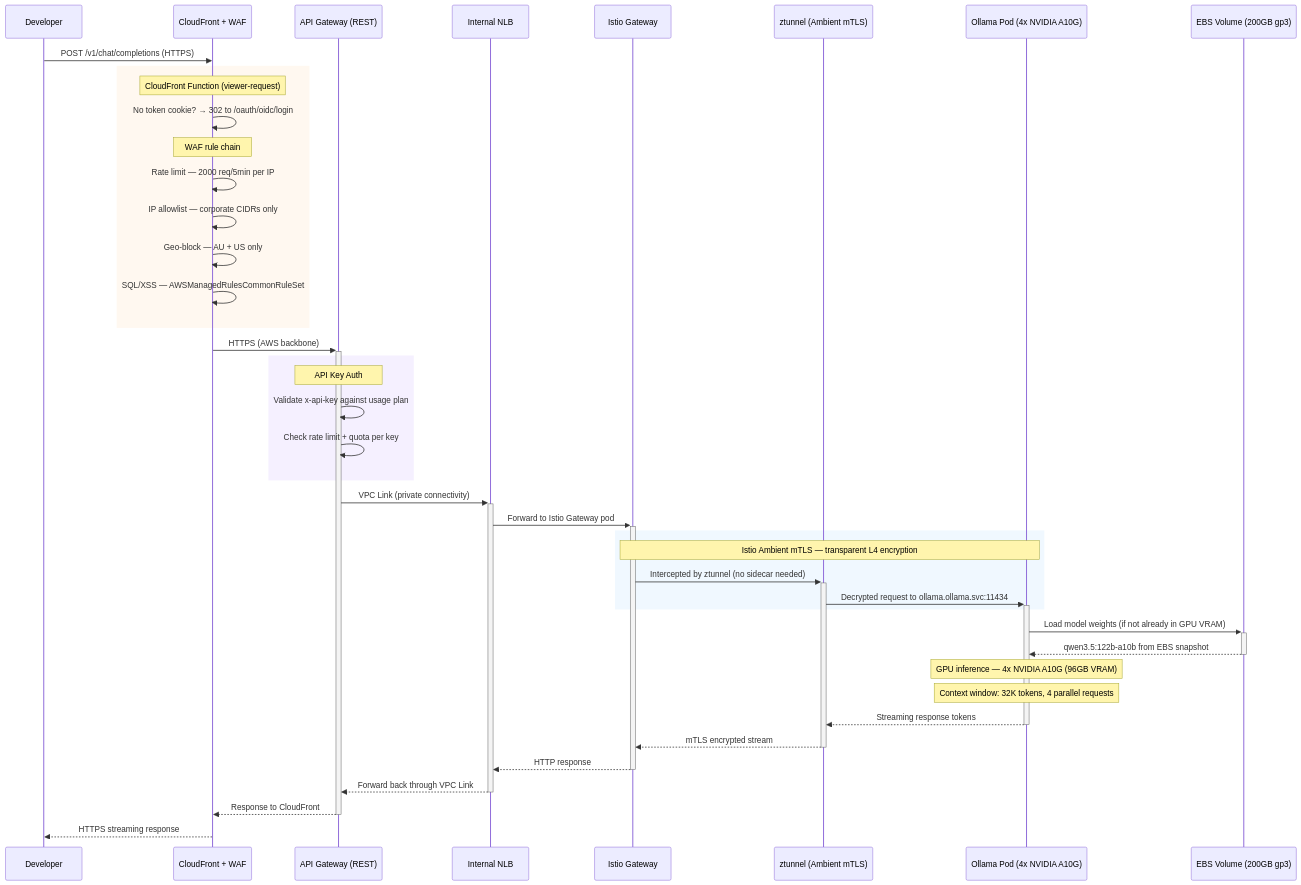
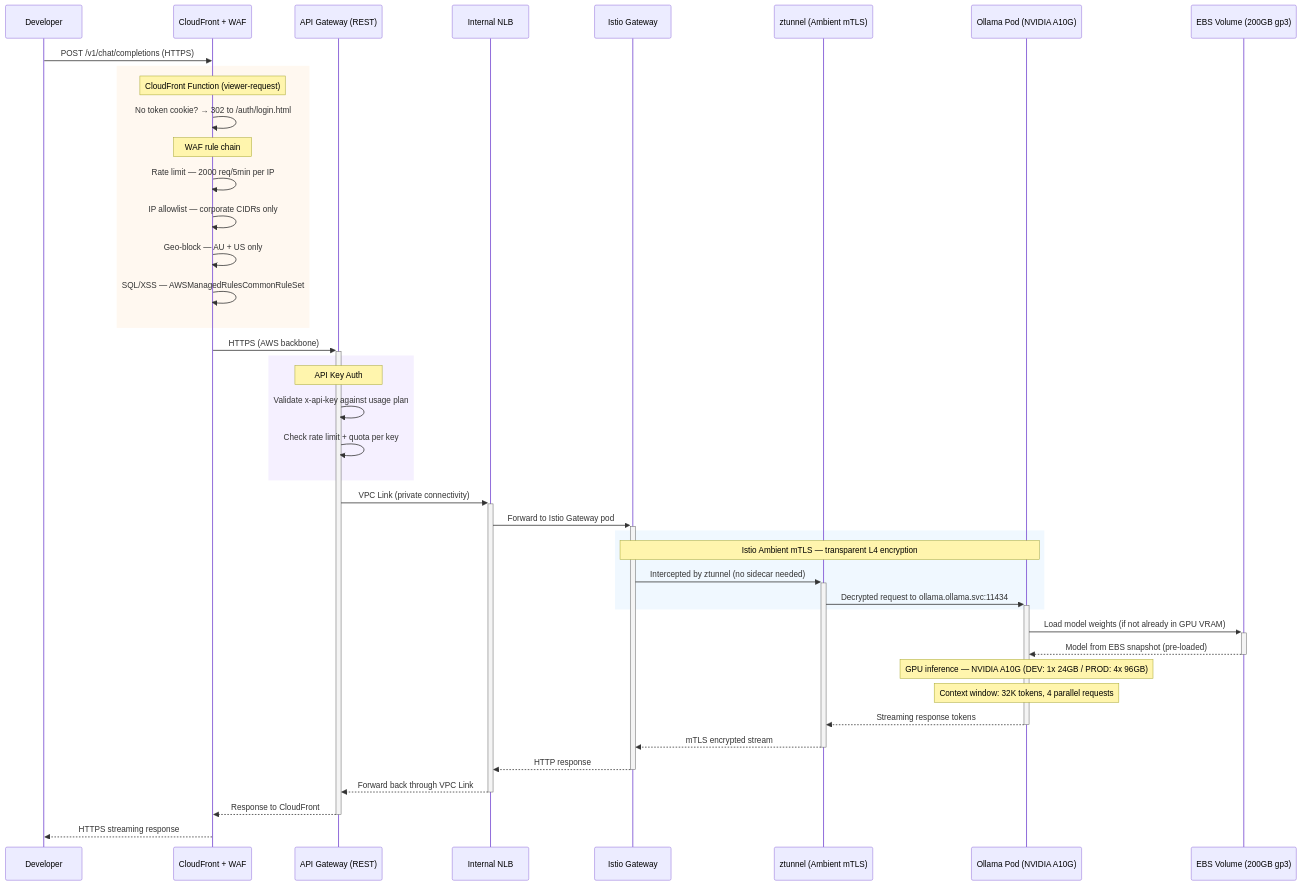
One commit to shanaka-versent/Ollama-on-EKS changed the third of 4 diagrams in README.md. Above: the diagram before and after it, drawn with Mermaid. The commit also changed other lines of this file and 5 other files, not shown here.

````diff
--- a/README.md
+++ b/README.md
@@ -208,53 +219,53 @@
 ```mermaid
 sequenceDiagram
     participant Dev as Developer
     participant CF as CloudFront + WAF
     participant APIGW as API Gateway (REST)
     participant NLB as Internal NLB
     participant IGW as Istio Gateway
     participant ZT as ztunnel (Ambient mTLS)
-    participant OLM as Ollama Pod (4x NVIDIA A10G)
+    participant OLM as Ollama Pod (NVIDIA A10G)
     participant EBS as EBS Volume (200GB gp3)
 
     Dev->>CF: POST /v1/chat/completions (HTTPS)
 
     rect rgb(255, 248, 240)
         Note over CF: CloudFront Function (viewer-request)
-        CF->>CF: No token cookie? → 302 to /oauth/oidc/login
+        CF->>CF: No token cookie? → 302 to /auth/login.html
         Note over CF: WAF rule chain
         CF->>CF: Rate limit — 2000 req/5min per IP
         CF->>CF: IP allowlist — corporate CIDRs only
         CF->>CF: Geo-block — AU + US only
         CF->>CF: SQL/XSS — AWSManagedRulesCommonRuleSet
     end
 
     CF->>+APIGW: HTTPS (AWS backbone)
 
     rect rgb(245, 240, 255)
         Note over APIGW: API Key Auth
         APIGW->>APIGW: Validate x-api-key against usage plan
         APIGW->>APIGW: Check rate limit + quota per key
     end
 
     APIGW->>+NLB: VPC Link (private connectivity)
     NLB->>+IGW: Forward to Istio Gateway pod
 
     rect rgb(240, 248, 255)
         Note over IGW,OLM: Istio Ambient mTLS — transparent L4 encryption
         IGW->>+ZT: Intercepted by ztunnel (no sidecar needed)
         ZT->>+OLM: Decrypted request to ollama.ollama.svc:11434
     end
 
     OLM->>+EBS: Load model weights (if not already in GPU VRAM)
-    EBS-->>-OLM: qwen3.5:122b-a10b from EBS snapshot
+    EBS-->>-OLM: Model from EBS snapshot (pre-loaded)
 
-    Note over OLM: GPU inference — 4x NVIDIA A10G (96GB VRAM)
+    Note over OLM: GPU inference — NVIDIA A10G (DEV: 1x 24GB / PROD: 4x 96GB)
     Note over OLM: Context window: 32K tokens, 4 parallel requests
 
     OLM-->>-ZT: Streaming response tokens
     ZT-->>-IGW: mTLS encrypted stream
     IGW-->>-NLB: HTTP response
     NLB-->>-APIGW: Forward back through VPC Link
     APIGW-->>-CF: Response to CloudFront
     CF-->>Dev: HTTPS streaming response
 ```
````
